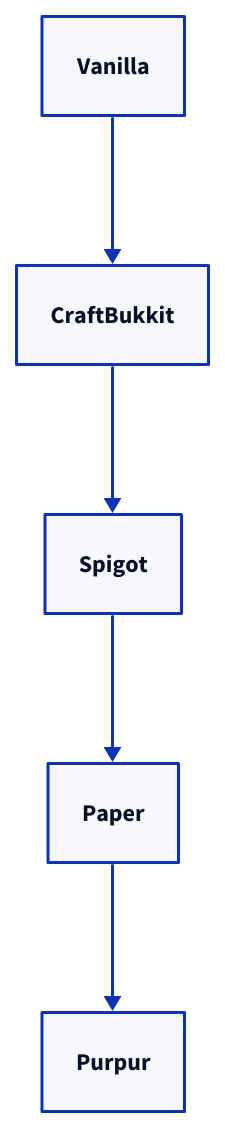
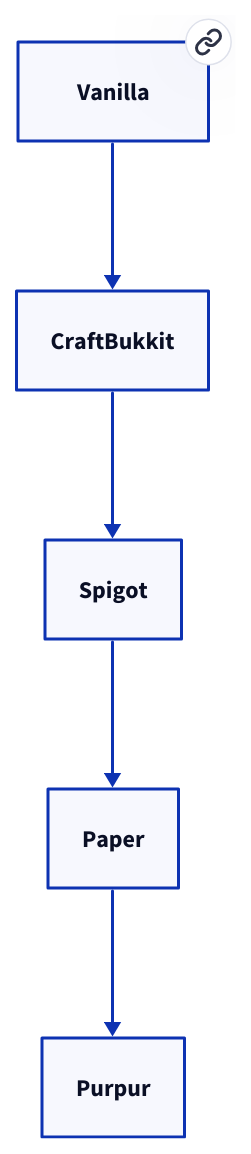
One commit to GnarkMC/Gnarkham changed the diagram in public/1.21.3.d2. Above: the diagram before and after it, drawn with D2. The commit also changed 4 other files, not shown here.

```diff
--- a/public/1.21.3.d2
+++ b/public/1.21.3.d2
@@ -1,4 +1,6 @@
 Vanilla -> CraftBukkit
 CraftBukkit -> Spigot
 Spigot -> Paper
 Paper -> Purpur
+
+Vanilla: { link: https://www.minecraft.net/en-us/download/server }
```
